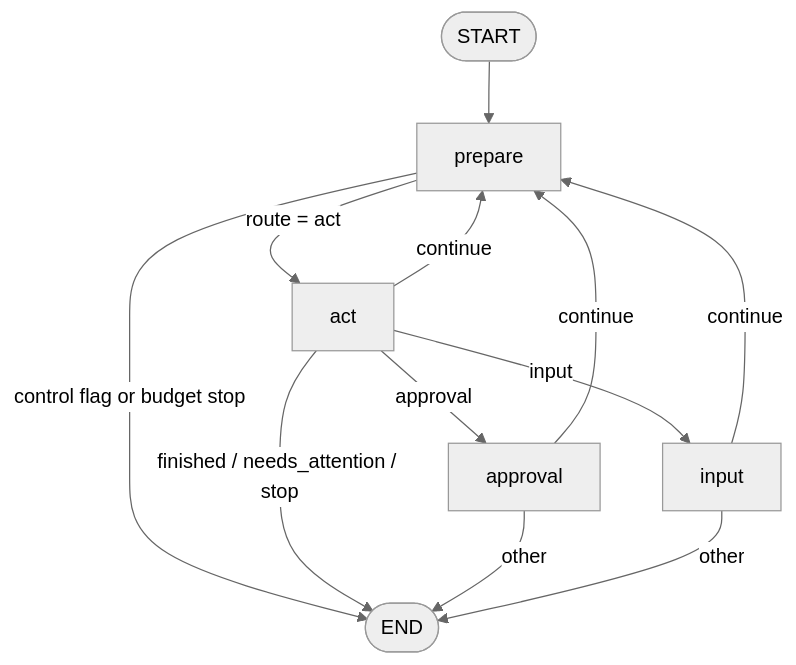
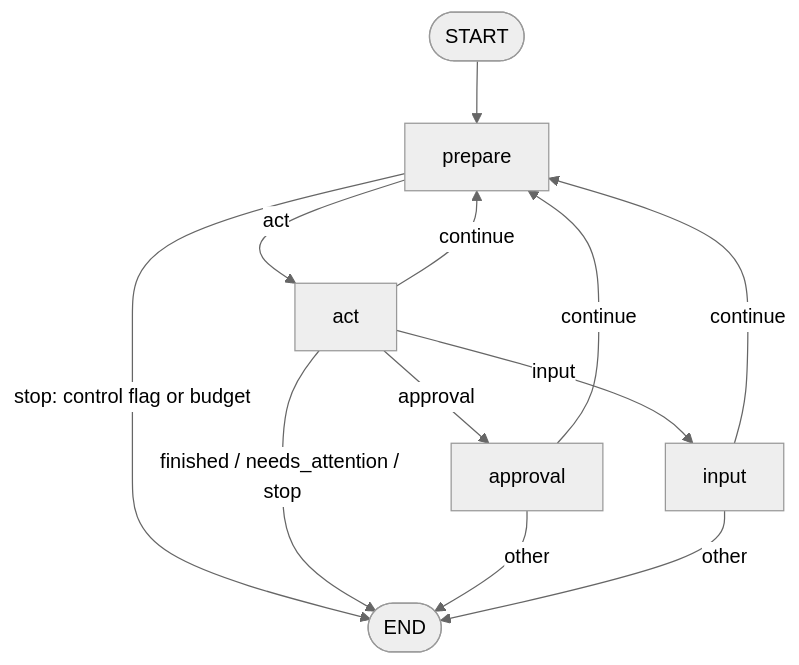
Before and after one commit to Zulfiqar7862/incident-triage-agent: the fourth of 9 diagrams in docs/LLD.md, drawn with Mermaid (neutral theme). The commit also changed other lines of this file and 17 other files, not shown here.

````diff
--- a/docs/LLD.md
+++ b/docs/LLD.md
@@ -189,14 +222,14 @@
 ```mermaid
 flowchart TD
   START([START]) --> prepare
-  prepare -->|route = act| act
-  prepare -->|control flag or budget stop| END([END])
+  prepare -->|act| act
+  prepare -->|stop: control flag or budget| END([END])
   act -->|continue| prepare
   act -->|approval| approval
   act -->|input| input
   act -->|finished / needs_attention / stop| END
   approval -->|continue| prepare
   approval -->|other| END
   input -->|continue| prepare
   input -->|other| END
 ```
````
